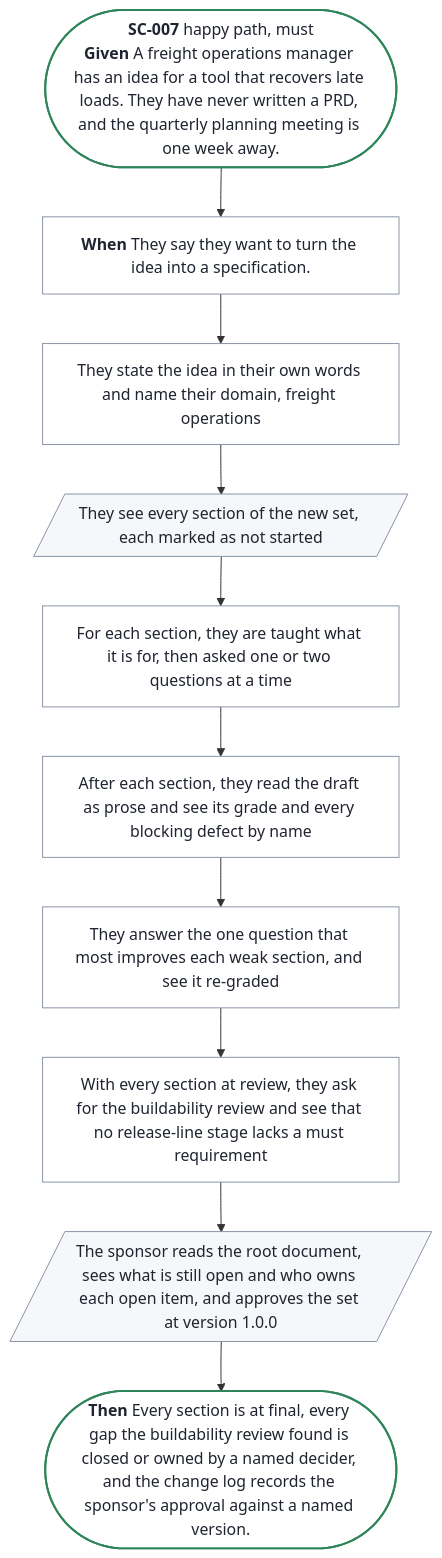
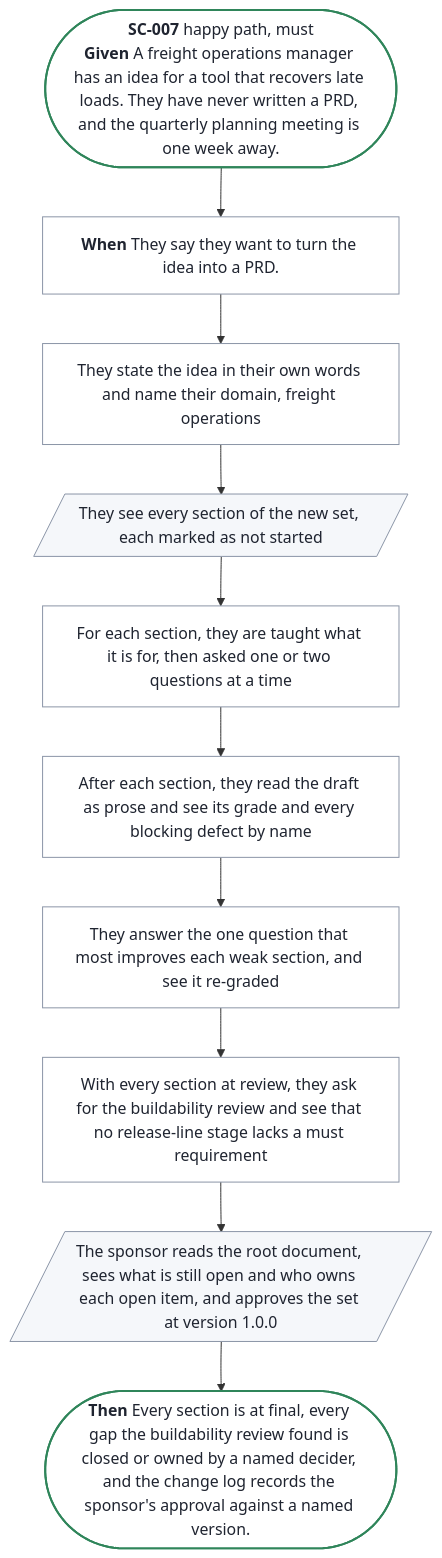
One commit to SpillwaveSolutions/prd-forge changed the diagram in docs/prd/prd-forge/diagrams/SC-007.mmd. Above: the diagram before and after it, drawn with Mermaid. The commit also changed 18 other files, not shown here.

First line of the commit message:
Split scoring from accepting a score, define a golden-thread change, and say PRD or set

```diff
--- a/docs/prd/prd-forge/diagrams/SC-007.mmd
+++ b/docs/prd/prd-forge/diagrams/SC-007.mmd
@@ -1,26 +1,26 @@
 %% Generated by prd-diagrams.mjs from the scenario front matter. Do not edit.
 %%{init: {"flowchart": {"wrappingWidth": 300}}}%%
 flowchart TB
   start(["<b>SC-007</b> happy path, must<br/><b>Given</b> A freight operations manager has an idea for a tool that recovers late loads. They have never written a PRD, and the quarterly planning meeting is one week away."])
-  trigger["<b>When</b> They say they want to turn the idea into a specification."]
+  trigger["<b>When</b> They say they want to turn the idea into a PRD."]
   s0["They state the idea in their own words and name their domain, freight operations"]
   s1[/"They see every section of the new set, each marked as not started"/]
   s2["For each section, they are taught what it is for, then asked one or two questions at a time"]
   s3["After each section, they read the draft as prose and see its grade and every blocking defect by name"]
   s4["They answer the one question that most improves each weak section, and see it re-graded"]
   s5["With every section at review, they ask for the buildability review and see that no release-line stage lacks a must requirement"]
   s6[/"The sponsor reads the root document, sees what is still open and who owns each open item, and approves the set at version 1.0.0"/]
   done(["<b>Then</b> Every section is at final, every gap the buildability review found is closed or owned by a named decider, and the change log records the sponsor's approval against a named version."])
   start --> trigger --> s0 --> s1 --> s2 --> s3 --> s4 --> s5 --> s6 --> done
   classDef ends fill:#FFFFFF,stroke:#2F855A,stroke-width:2px,color:#1F2430
   classDef sees fill:#F5F7FA,stroke:#8A94A6,color:#1F2430
   classDef does fill:#FFFFFF,stroke:#8A94A6,color:#1F2430
   class start,done ends
   class s0 does
   class s1 sees
   class s2 does
   class s3 does
   class s4 does
   class s5 does
   class s6 sees
   class trigger does
```
